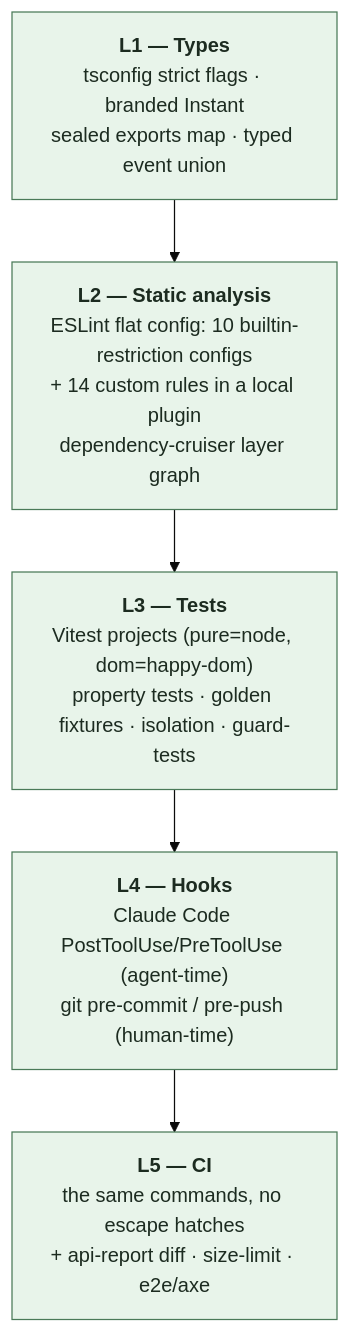
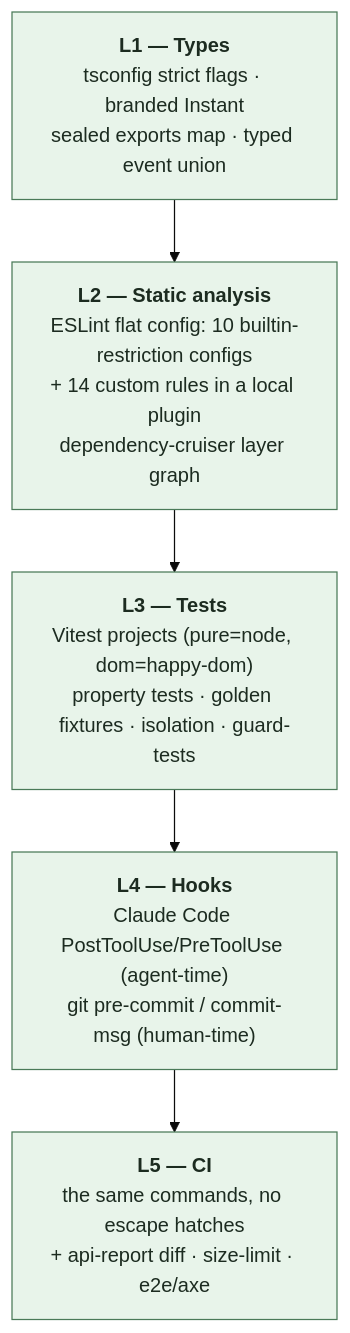
The diagram in docs/00-guardrails-overview.md (freegantt/freegantt), drawn with Mermaid (base theme) before and after one commit. The commit also changed 18 other files, not shown here.

First line of the commit message:
ci: run engines in parallel and drop the pre-push gate

````diff
--- a/docs/00-guardrails-overview.md
+++ b/docs/00-guardrails-overview.md
@@ -38,13 +38,13 @@
 ```mermaid
 flowchart TB
   L1["<b>L1 — Types</b><br/>tsconfig strict flags · branded Instant<br/>sealed exports map · typed event union"]
   L2["<b>L2 — Static analysis</b><br/>ESLint flat config: 10 builtin-restriction configs<br/>+ 14 custom rules in a local plugin<br/>dependency-cruiser layer graph"]
   L3["<b>L3 — Tests</b><br/>Vitest projects (pure=node, dom=happy-dom)<br/>property tests · golden fixtures · isolation · guard-tests"]
-  L4["<b>L4 — Hooks</b><br/>Claude Code PostToolUse/PreToolUse (agent-time)<br/>git pre-commit / pre-push (human-time)"]
+  L4["<b>L4 — Hooks</b><br/>Claude Code PostToolUse/PreToolUse (agent-time)<br/>git pre-commit / commit-msg (human-time)"]
   L5["<b>L5 — CI</b><br/>the same commands, no escape hatches<br/>+ api-report diff · size-limit · e2e/axe"]
 
   L1 --> L2 --> L3 --> L4 --> L5
 
   classDef a fill:#e8f4ea,stroke:#4a7a58,color:#1c2b20
   class L1,L2,L3,L4,L5 a
 ```
````
